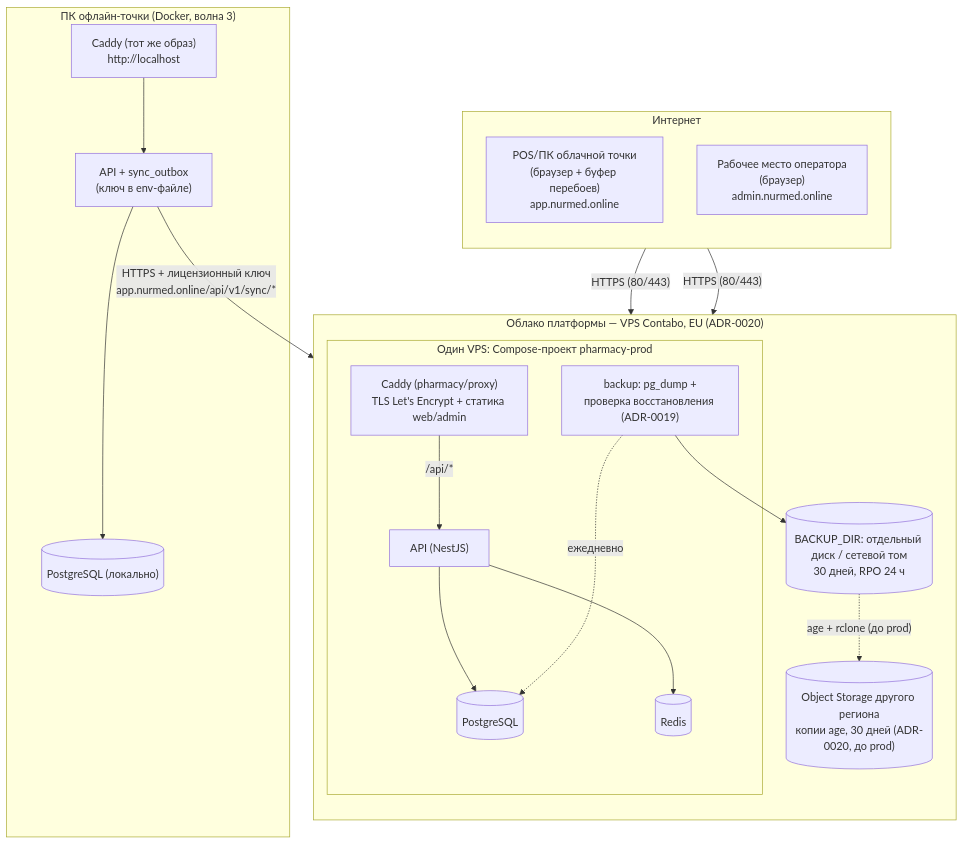
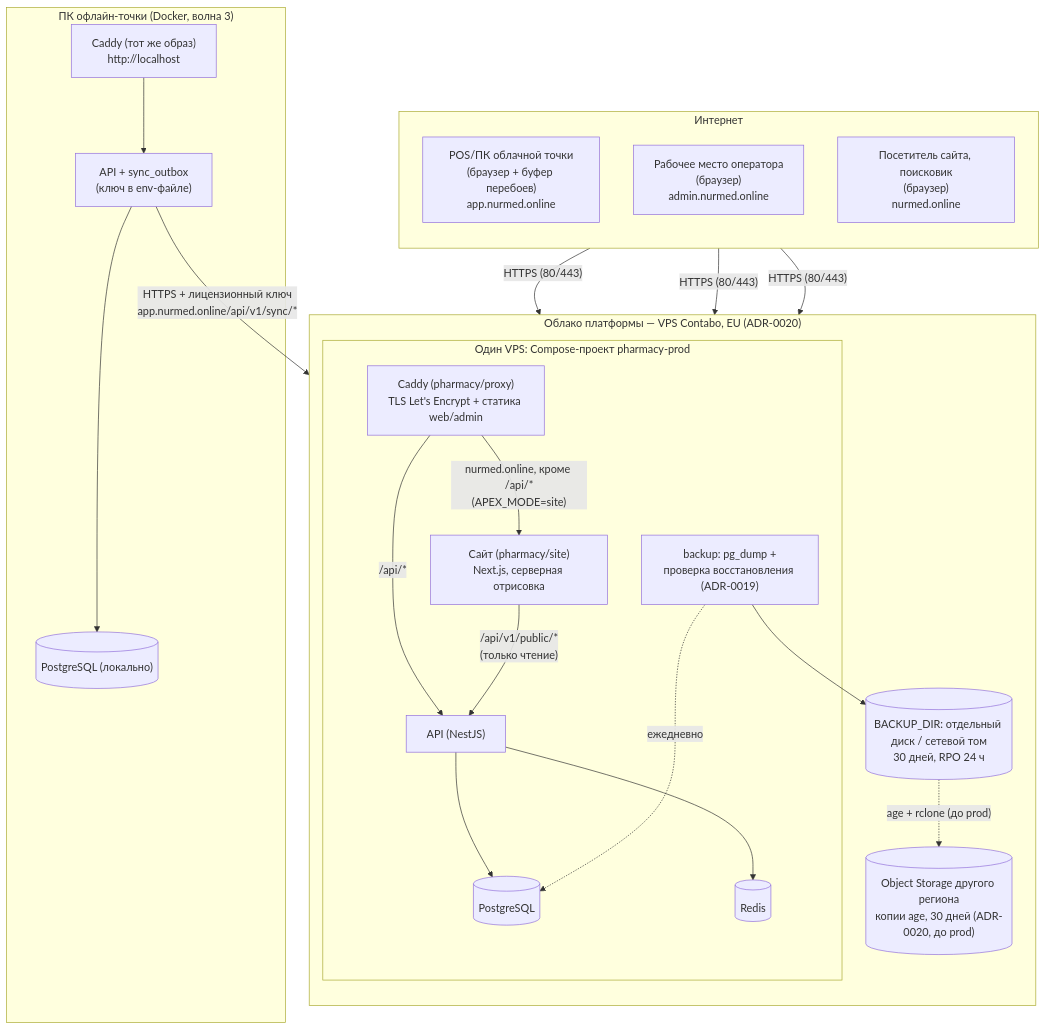
One commit to zohidweb/pharmacy changed the diagram in docs/architecture/c4/deployment.mmd. Above: the diagram before and after it, drawn with Mermaid. The commit also changed 17 other files, not shown here.

First line of the commit message:
docs: public site app, apex route and launch checklist; admin: open an article on the site

```diff
--- a/docs/architecture/c4/deployment.mmd
+++ b/docs/architecture/c4/deployment.mmd
@@ -1,36 +1,41 @@
 flowchart TB
   subgraph internet["Интернет"]
     direction TB
     pos["POS/ПК облачной точки<br/>(браузер + буфер перебоев)<br/>app.nurmed.online"]
     opws["Рабочее место оператора<br/>(браузер)<br/>admin.nurmed.online"]
+    visitor["Посетитель сайта, поисковик<br/>(браузер)<br/>nurmed.online"]
   end
 
   subgraph cloudEnv["Облако платформы — VPS Contabo, EU (ADR-0020)"]
     direction TB
     subgraph vmApp["Один VPS: Compose-проект pharmacy-prod"]
       proxy["Caddy (pharmacy/proxy)<br/>TLS Let's Encrypt + статика web/admin"]
       api["API (NestJS)"]
+      site["Сайт (pharmacy/site)<br/>Next.js, серверная отрисовка"]
       pg[("PostgreSQL")]
       rd[("Redis")]
       bk["backup: pg_dump +<br/>проверка восстановления (ADR-0019)"]
     end
     backups[("BACKUP_DIR: отдельный диск / сетевой том<br/>30 дней, RPO 24 ч")]
     offsite[("Object Storage другого региона<br/>копии age, 30 дней (ADR-0020, до prod)")]
   end
 
   subgraph pointPc["ПК офлайн-точки (Docker, волна 3)"]
     lproxy["Caddy (тот же образ)<br/>http://localhost"]
     lapi["API + sync_outbox<br/>(ключ в env-файле)"]
     lpg[("PostgreSQL (локально)")]
   end
 
   pos -- "HTTPS (80/443)" --> proxy
   opws -- "HTTPS (80/443)" --> proxy
+  visitor -- "HTTPS (80/443)" --> proxy
   proxy -- "/api/*" --> api
+  proxy -- "nurmed.online, кроме /api/*<br/>(APEX_MODE=site)" --> site
+  site -- "/api/v1/public/*<br/>(только чтение)" --> api
   api --> pg
   api --> rd
   bk -. ежедневно .-> pg
   bk --> backups
   backups -. "age + rclone (до prod)" .-> offsite
   lproxy --> lapi --> lpg
   lapi -- "HTTPS + лицензионный ключ<br/>app.nurmed.online/api/v1/sync/*" --> proxy
```
